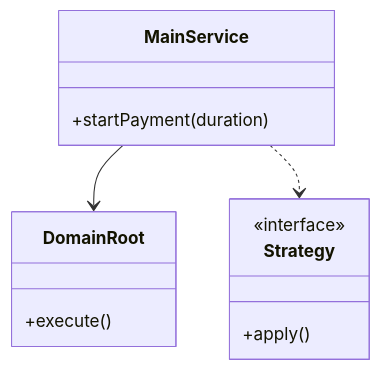
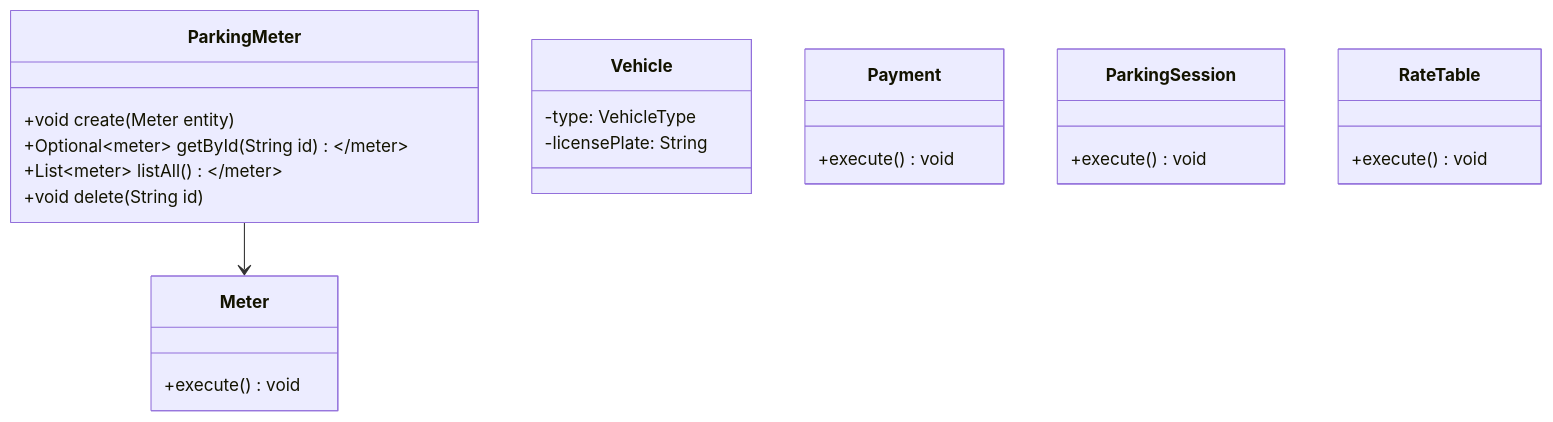
Before and after one commit to madhupaila/Interview-Prep-SSE: the first of 3 diagrams in Learn/System Design - Low Level Design/02-classic-ood/questions/Q30-parking-meter.md, drawn with Mermaid. The commit also changed other lines of this file and 491 other files, not shown here.

````diff
--- a/Learn/System Design - Low Level Design/02-classic-ood/questions/Q30-parking-meter.md
+++ b/Learn/System Design - Low Level Design/02-classic-ood/questions/Q30-parking-meter.md
@@ -74,15 +89,26 @@
 ```mermaid
 classDiagram
-    class MainService {
-        +startPayment(duration)
+    class ParkingMeter {
+        +void create(Meter entity)
+        +Optional<Meter> getById(String id)
+        +List<Meter> listAll()
+        +void delete(String id)
     }
-    class DomainRoot {
-        +execute()
+    class Meter {
+        +execute() void
     }
-    class Strategy {
-        <<interface>>
-        +apply()
+    class Vehicle {
+        -type: VehicleType
+        -licensePlate: String
     }
-    MainService --> DomainRoot
-    MainService ..> Strategy
+    class Payment {
+        +execute() void
+    }
+    class ParkingSession {
+        +execute() void
+    }
+    class RateTable {
+        +execute() void
+    }
+    ParkingMeter --> Meter
 ```
````
